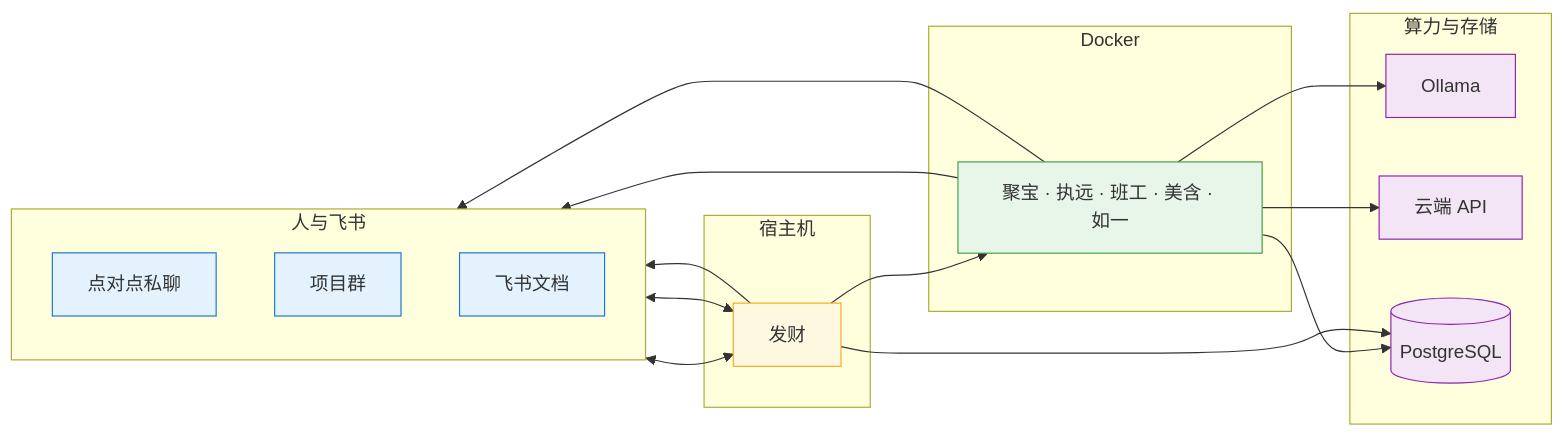
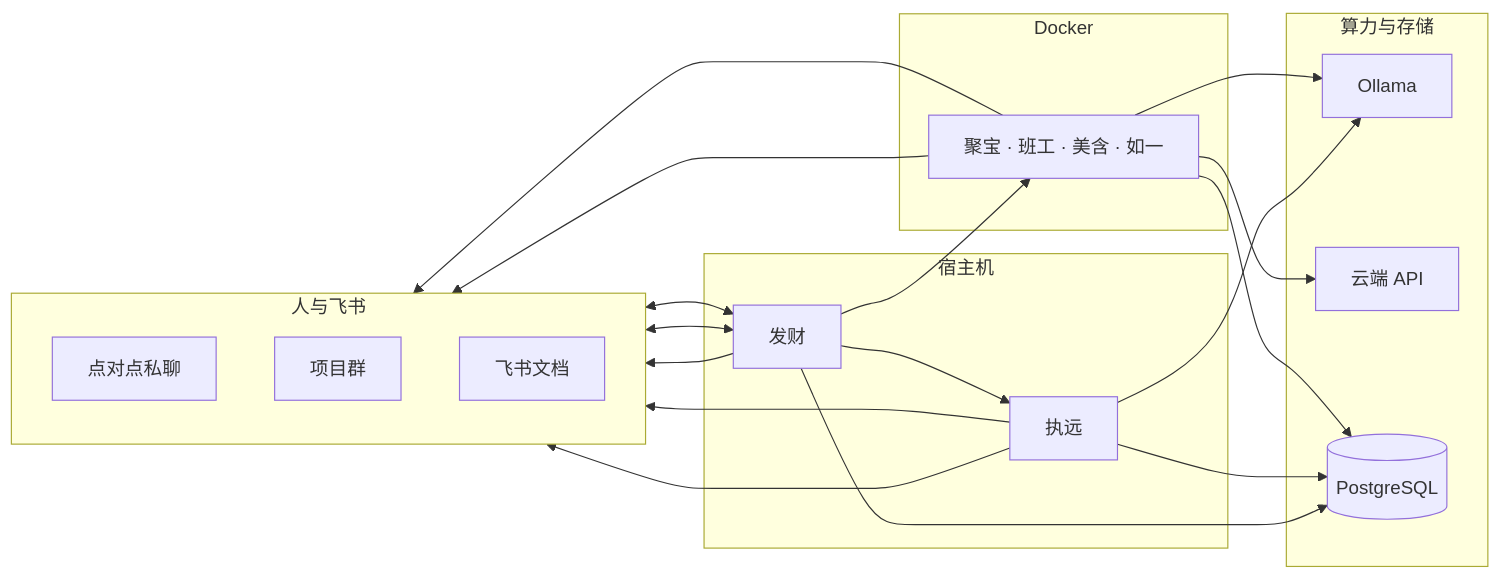
Before and after one commit to chrisgong/Fed-Agent-Company-Whitepaper: the diagram in 03-技术实现.md, drawn with Mermaid. The commit also changed other lines of this file and 20 other files, not shown here.

````diff
--- a/03-技术实现.md
+++ b/03-技术实现.md
@@ -29,38 +29,36 @@
 ```mermaid
 flowchart LR
   subgraph 人与飞书[" 人与飞书 "]
     direction TB
     P2P[" 点对点私聊 "]
     PG[" 项目群 "]
     DOC[" 飞书文档 "]
   end
   subgraph 宿主机[" 宿主机 "]
     FC[" 发财 "]
+    ZY[" 执远 "]
   end
   subgraph Docker[" Docker "]
-    SUB[" 聚宝 · 执远 · 班工 · 美含 · 如一 "]
+    SUB[" 聚宝 · 班工 · 美含 · 如一 "]
   end
   subgraph 算力与存储[" 算力与存储 "]
     OLL[" Ollama "]
     CLD[" 云端 API "]
     DB[( PostgreSQL )]
   end
   P2P <--> FC
   PG <--> FC
   FC --> SUB
+  FC --> ZY
   SUB --> PG
+  ZY --> PG
   SUB --> DOC
+  ZY --> DOC
   FC --> DOC
   SUB --> OLL
   SUB --> CLD
+  ZY --> OLL
   SUB --> DB
+  ZY --> DB
   FC --> DB
-  classDef feishu fill:#e3f2fd,stroke:#1976d2
-  classDef master fill:#fff8e1,stroke:#f9a825
-  classDef docker fill:#e8f5e9,stroke:#43a047
-  classDef back fill:#f3e5f5,stroke:#8e24aa
-  class P2P,PG,DOC feishu
-  class FC master
-  class SUB docker
-  class OLL,CLD,DB back
 ```
````
